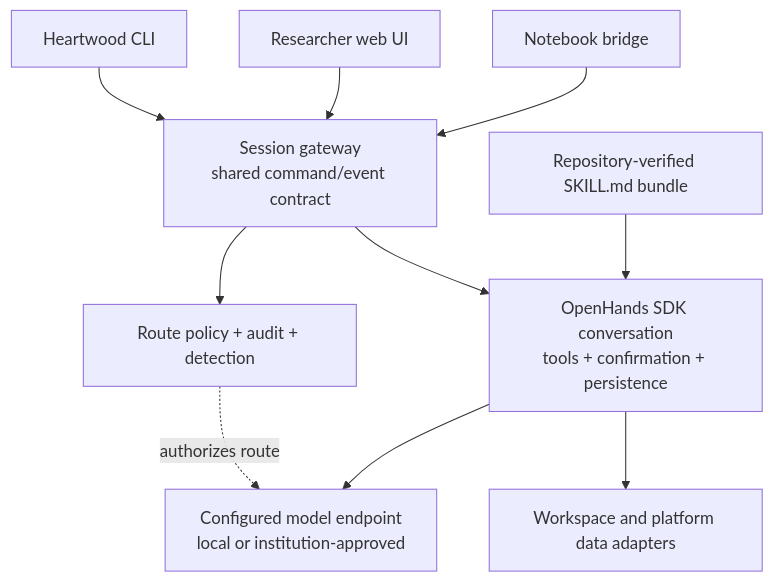
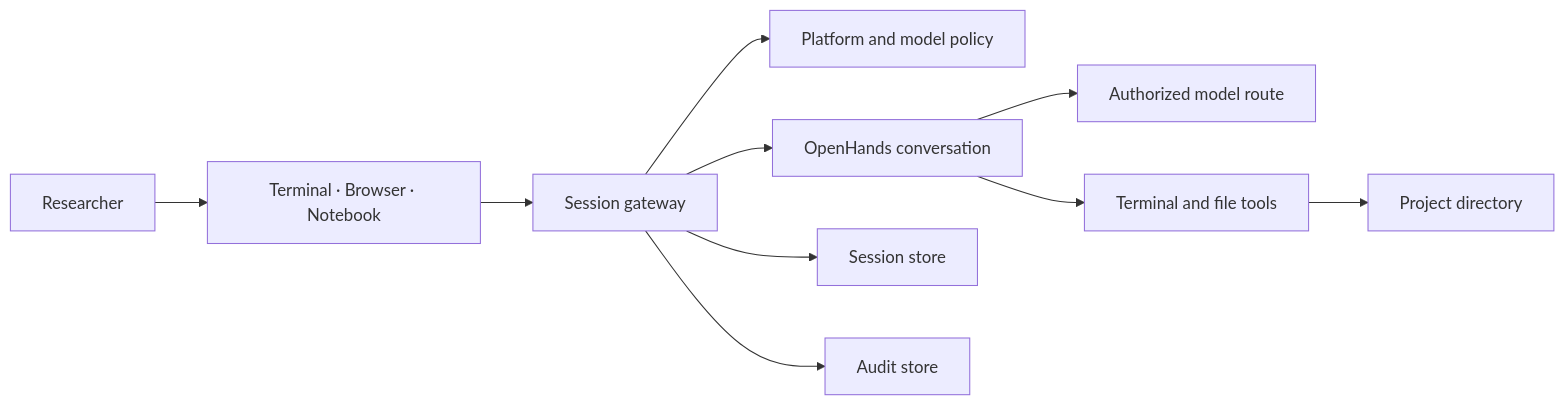
The diagram in design/03-architecture.md (SchmiedmayerLab/heartwood), drawn with Mermaid before and after one commit. The commit also changed other lines of this file and 45 other files, not shown here.

````diff
--- a/design/03-architecture.md
+++ b/design/03-architecture.md
@@ -61,22 +95,12 @@
 ```mermaid
-flowchart TB
-    CLI["Heartwood CLI"]
-    WEB["Researcher web UI"]
-    NB["Notebook bridge"]
-    GW["Session gateway\nshared command/event contract"]
-    POLICY["Route policy + audit + detection"]
-    OH["OpenHands SDK conversation\ntools + confirmation + persistence"]
-    SKILLS["Repository-verified SKILL.md bundle"]
-    LLM["Configured model endpoint\nlocal or institution-approved"]
-    DATA["Workspace and platform data adapters"]
-
-    CLI --> GW
-    WEB --> GW
-    NB --> GW
-    GW --> POLICY
-    GW --> OH
-    SKILLS --> OH
-    OH --> LLM
-    OH --> DATA
-    POLICY -. authorizes route .-> LLM
+flowchart LR
+    U["Researcher"] --> I["Terminal · Browser · Notebook"]
+    I --> G["Session gateway"]
+    G --> P["Platform and model policy"]
+    G --> O["OpenHands conversation"]
+    O --> M["Authorized model route"]
+    O --> T["Terminal and file tools"]
+    T --> W["Project directory"]
+    G --> S["Session store"]
+    G --> A["Audit store"]
 ```
````
